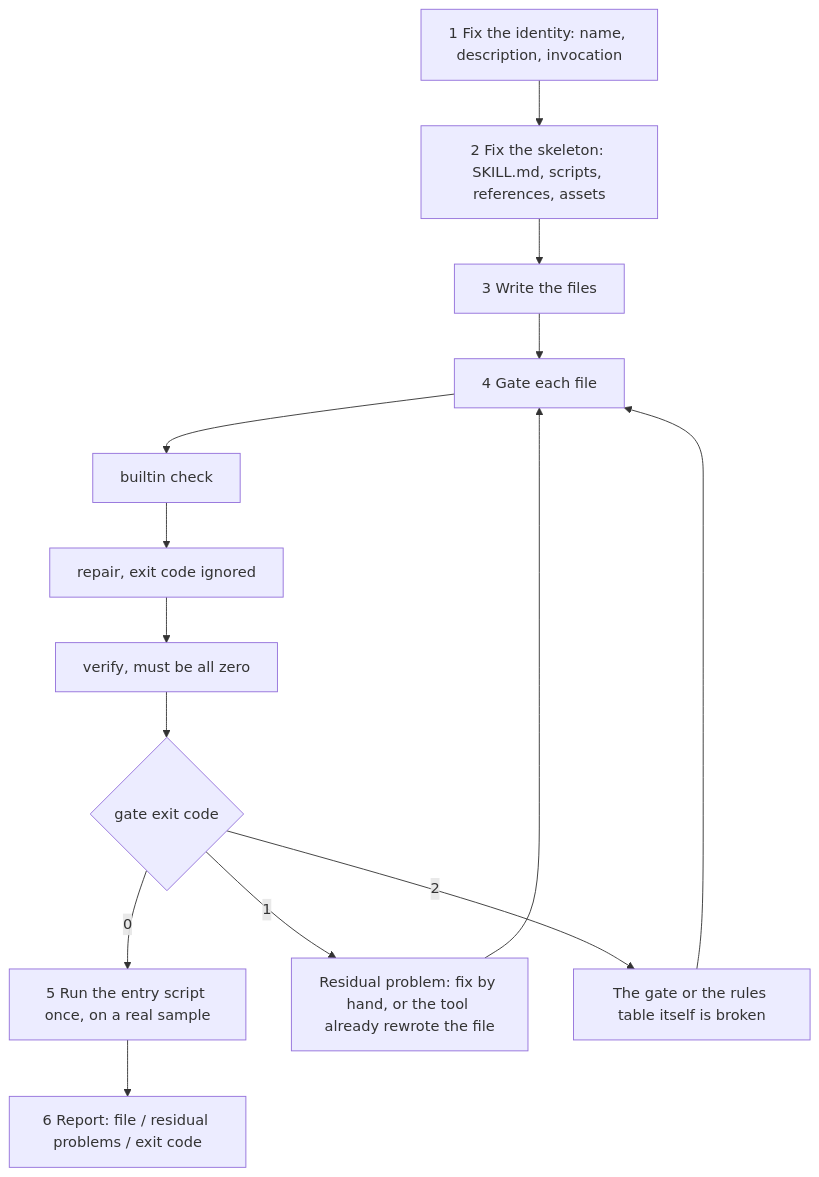
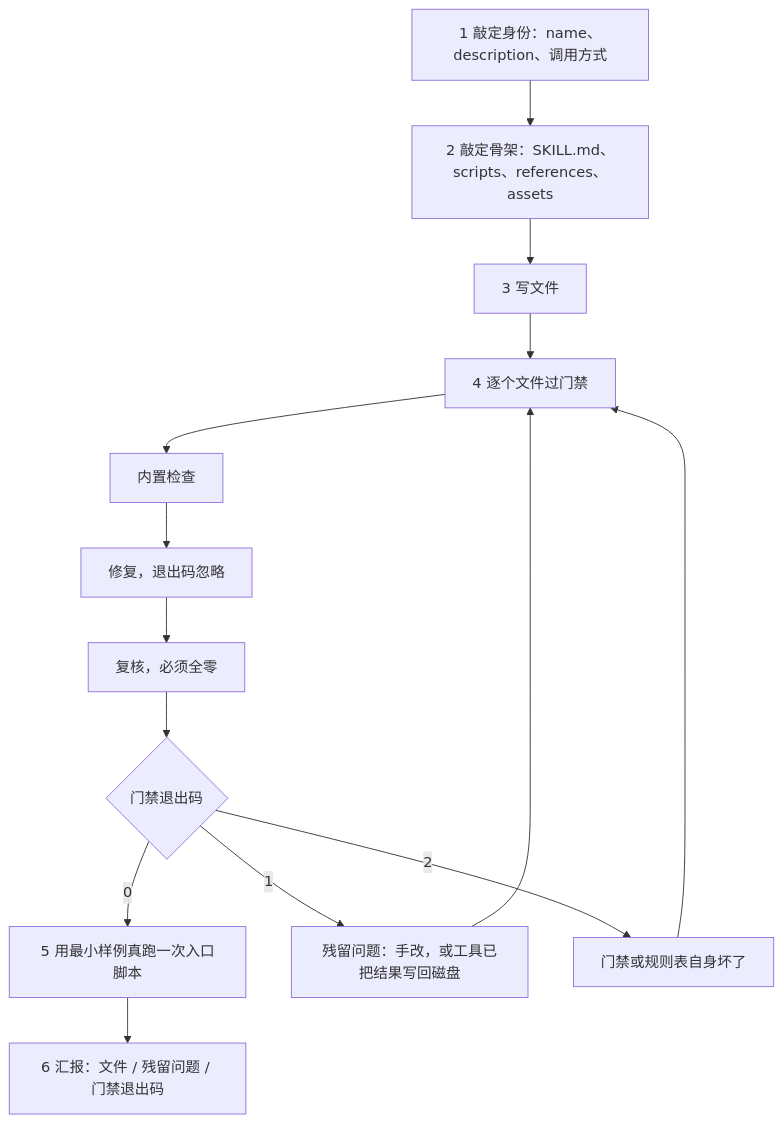
One commit to HHSTU-IST/skills changed the first of 10 diagrams in README.md. Above: the diagram before and after it, drawn with Mermaid. The commit also changed other lines of this file and 2 other files, not shown here.

````diff
--- a/README.md
+++ b/README.md
@@ -269,14 +269,14 @@
 ```mermaid
 flowchart TD
-    A["1 Fix the identity: name, description, invocation"] --> B["2 Fix the skeleton: SKILL.md, scripts, references, assets"]
-    B --> C["3 Write the files"]
-    C --> D["4 Gate each file"]
-    D --> S1["builtin check"] --> S2["repair, exit code ignored"] --> S3["verify, must be all zero"]
-    S3 --> E{"gate exit code"}
-    E -->|0| F["5 Run the entry script once, on a real sample"]
-    E -->|1| G["Residual problem: fix by hand, or the tool already rewrote the file"]
-    E -->|2| H["The gate or the rules table itself is broken"]
+    A["1 敲定身份：name、description、调用方式"] --> B["2 敲定骨架：SKILL.md、scripts、references、assets"]
+    B --> C["3 写文件"]
+    C --> D["4 逐个文件过门禁"]
+    D --> S1["内置检查"] --> S2["修复，退出码忽略"] --> S3["复核，必须全零"]
+    S3 --> E{"门禁退出码"}
+    E -->|0| F["5 用最小样例真跑一次入口脚本"]
+    E -->|1| G["残留问题：手改，或工具已把结果写回磁盘"]
+    E -->|2| H["门禁或规则表自身坏了"]
     G --> D
     H --> D
-    F --> I["6 Report: file / residual problems / exit code"]
+    F --> I["6 汇报：文件 / 残留问题 / 门禁退出码"]
 ```
````
